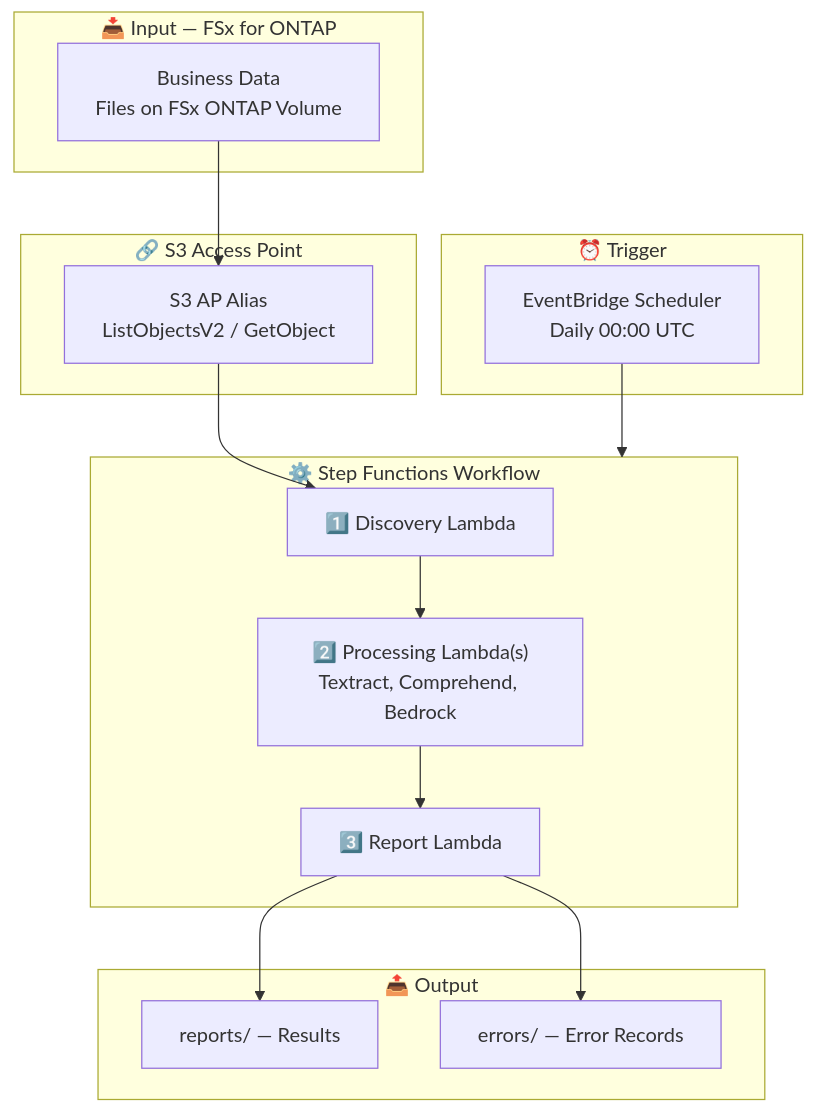
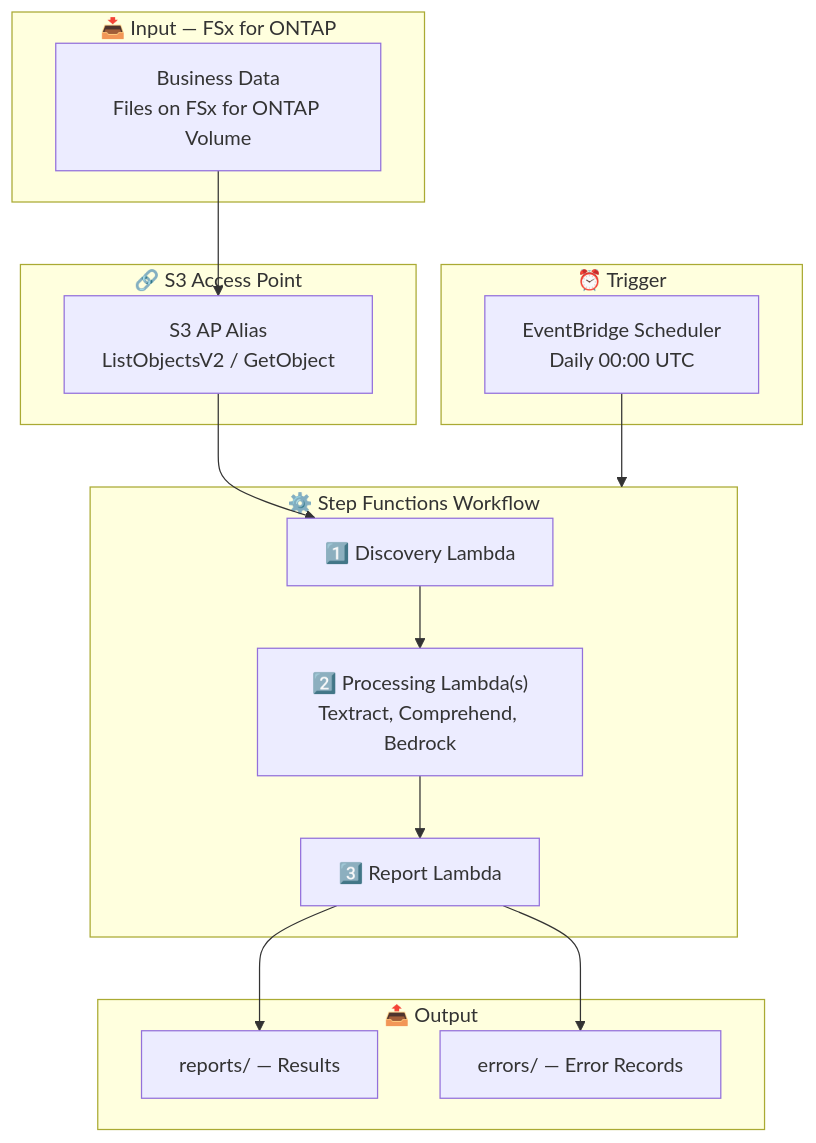
One commit to Yoshiki0705/FSx-for-ONTAP-S3AccessPoints-Serverless-Patterns changed the diagram in hr-document-screening/docs/architecture.de.md. Above: the diagram before and after it, drawn with Mermaid. The commit also changed 752 other files, not shown here.

````diff
--- a/hr-document-screening/docs/architecture.de.md
+++ b/hr-document-screening/docs/architecture.de.md
@@ -7,28 +7,28 @@
 ```mermaid
 flowchart TB
     subgraph INPUT["📥 Input — FSx for ONTAP"]
-        DATA["Business Data<br/>Files on FSx ONTAP Volume"]
+        DATA["Business Data<br/>Files on FSx for ONTAP Volume"]
     end
     subgraph S3AP["🔗 S3 Access Point"]
         ALIAS["S3 AP Alias<br/>ListObjectsV2 / GetObject"]
     end
     subgraph TRIGGER["⏰ Trigger"]
         EB["EventBridge Scheduler<br/>Daily 00:00 UTC"]
     end
     subgraph SFN["⚙️ Step Functions Workflow"]
         DISC["1️⃣ Discovery Lambda"]
         PROC["2️⃣ Processing Lambda(s)<br/>Textract, Comprehend, Bedrock"]
         RL["3️⃣ Report Lambda"]
     end
     subgraph OUTPUT["📤 Output"]
         REPORTS["reports/ — Results"]
         ERROUT["errors/ — Error Records"]
     end
     DATA --> ALIAS
     ALIAS --> DISC
     EB --> SFN
     DISC --> PROC
     PROC --> RL
     RL --> REPORTS
     RL --> ERROUT
 ```
````
